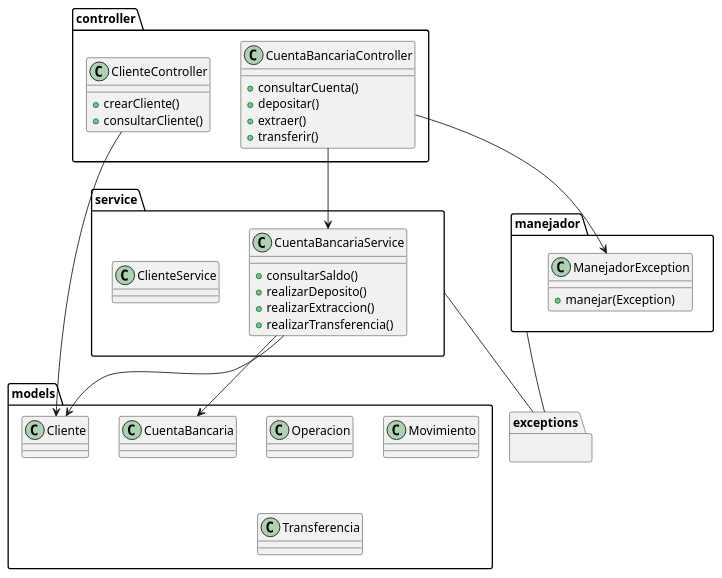
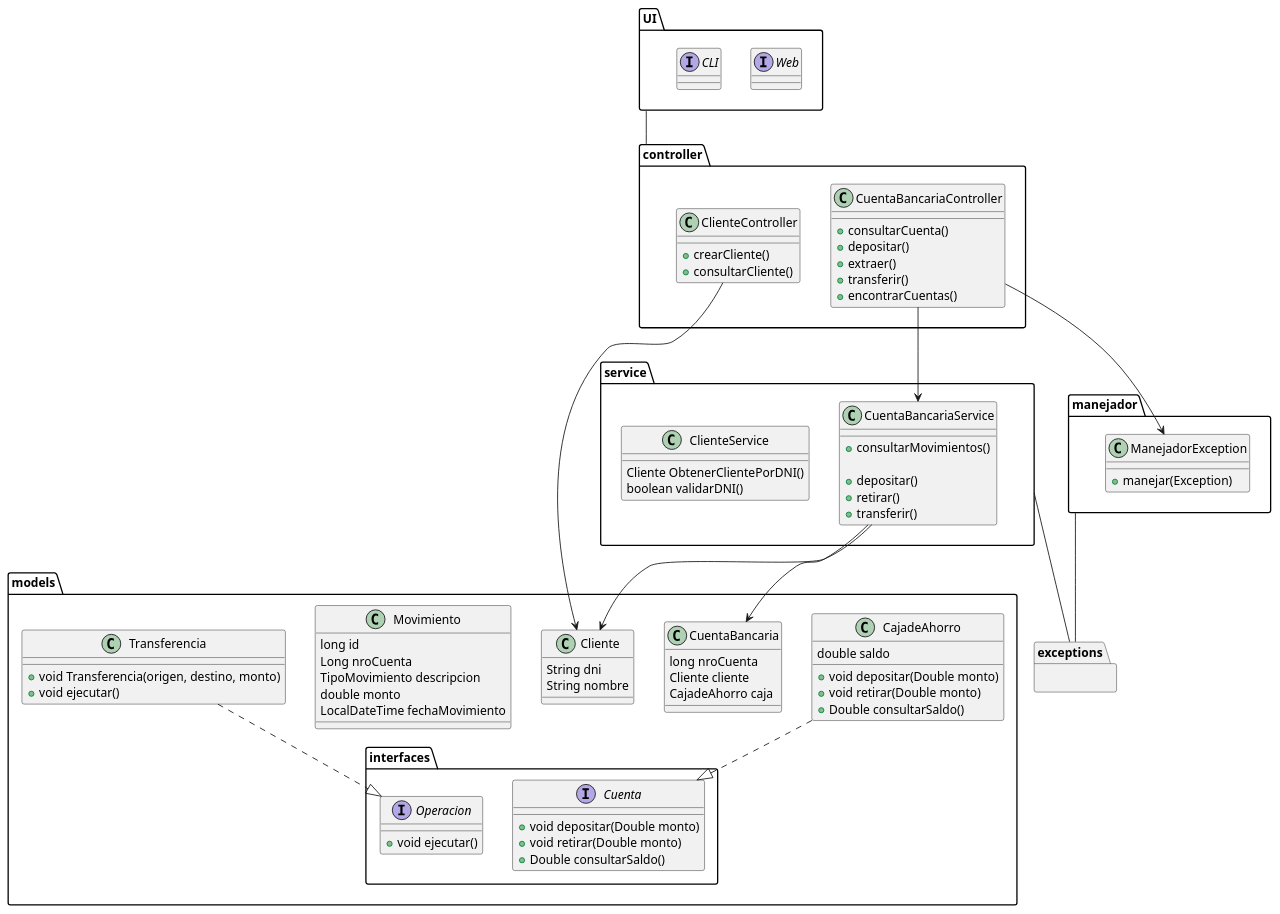
The diagram in driagrama.puml (micaeladuarte2santos/Homebanking), drawn with PlantUML before and after one commit.

Commit message:
diagrama v2

```diff
--- a/driagrama.puml
+++ b/driagrama.puml
@@ -1,59 +1,107 @@
 @startuml
 
 package controller {
     class ClienteController {
         +crearCliente()
         +consultarCliente()
     }
 
     class CuentaBancariaController {
         +consultarCuenta()
         +depositar()
         +extraer()
         +transferir()
+        +encontrarCuentas()
     }
 }
 
 package service {
     class CuentaBancariaService {
-        +consultarSaldo()
-        +realizarDeposito()
-        +realizarExtraccion()
-        +realizarTransferencia()
+        +consultarMovimientos()
+
+        +depositar()
+        +retirar()
+        +transferir()
     }
 
-    class ClienteService{}
+    class ClienteService{
+        Cliente ObtenerClientePorDNI()
+        boolean validarDNI()
+    }
 }
 
 package models {
-    class Cliente {}
-    class Operacion{}
-    class CuentaBancaria {}
-    class Movimiento{}
-    class Transferencia{}
+    package interfaces{
+
+        interface Operacion{
+            +void ejecutar()
+        }
+        interface Cuenta{
+            +void depositar(Double monto)
+            +void retirar(Double monto)
+            +Double consultarSaldo()
+        }
+
+    }
+    class CajadeAhorro{
+        double saldo
+        +void depositar(Double monto)
+        +void retirar(Double monto)
+        +Double consultarSaldo()
+    }
+    class Cliente {
+        String dni
+        String nombre
+    }
+    class CuentaBancaria {
+        long nroCuenta
+        Cliente cliente
+        CajadeAhorro caja
+    }
+    class Movimiento{
+        long id
+        Long nroCuenta
+        TipoMovimiento descripcion
+        double monto
+        LocalDateTime fechaMovimiento
+    }
+    class Transferencia{
+        +void Transferencia(origen, destino, monto)
+        +void ejecutar()
+    }
+
+    
+CajadeAhorro ..|> interfaces.Cuenta
+Transferencia ..|> interfaces.Operacion
+}
+
+package UI {
+    interface Web {}
+
+    interface CLI {}
 }
 
 package exceptions {
 
 }
 
 package manejador {
     class ManejadorException {
         +manejar(Exception)
     }
 }
 
 ' Relaciones
 ClienteController --> Cliente
 CuentaBancariaController --> CuentaBancariaService
 CuentaBancariaService --> CuentaBancaria
 CuentaBancariaService --> Cliente
 service--exceptions
 manejador--exceptions
-
+UI -- controller
 
 
 CuentaBancariaController --> ManejadorException
 
 
 @enduml
```
